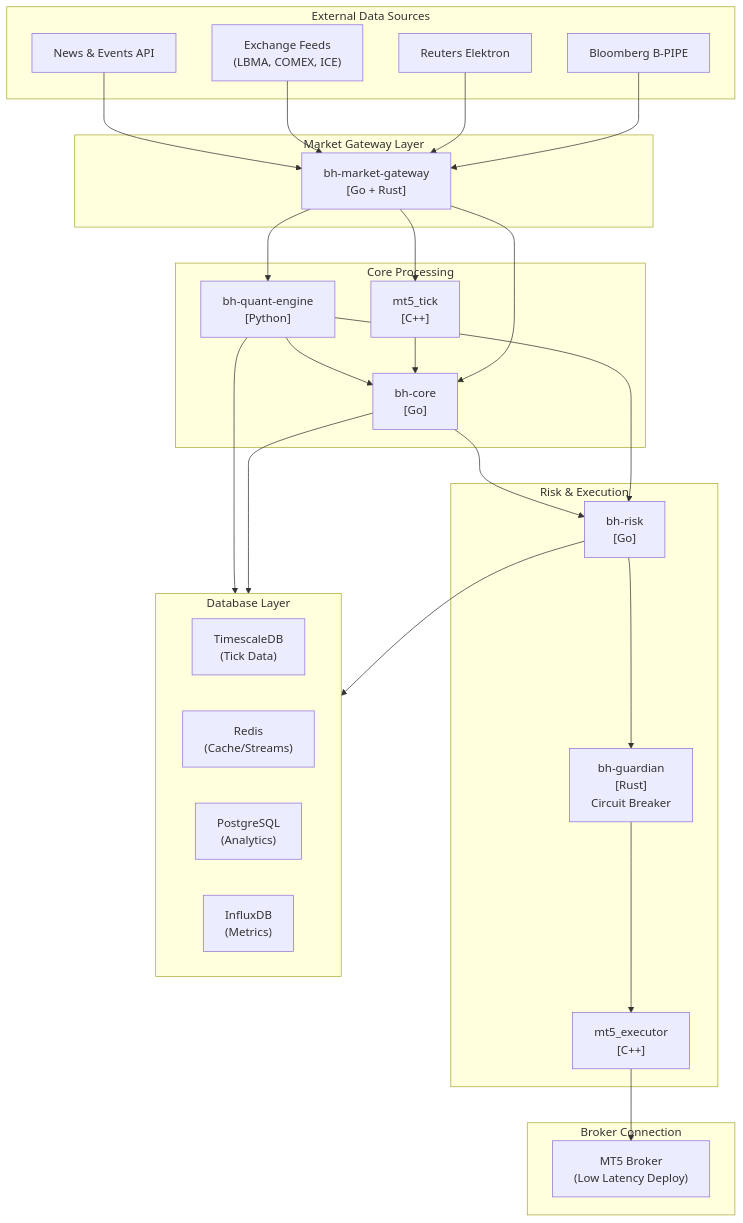
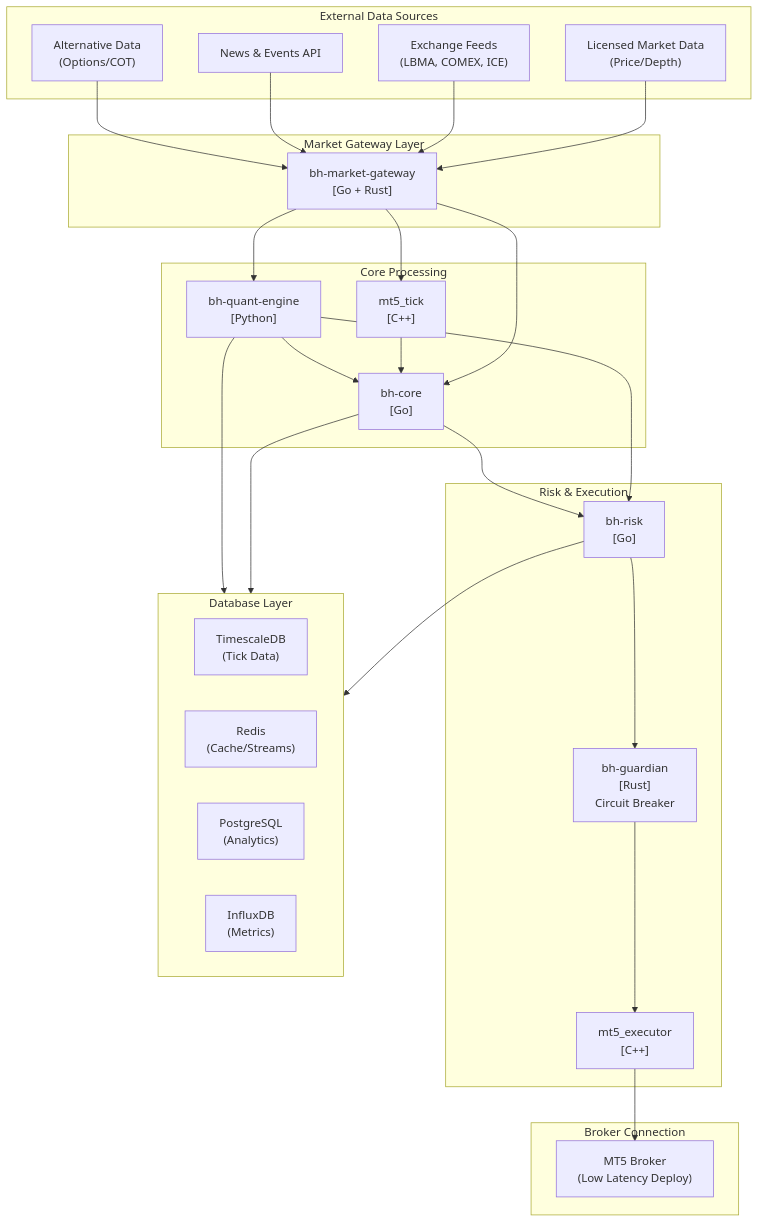
The first of 4 diagrams in README.md (blackholefund/external_docs), drawn with Mermaid before and after one commit. The commit also changed other lines of this file and 14 other files, not shown here.

Commit message:
Hide provider names and fix mermaid identifiers

````diff
--- a/README.md
+++ b/README.md
@@ -11,58 +11,58 @@
 ```mermaid
 flowchart TB
     subgraph External["External Data Sources"]
-        Bloomberg["Bloomberg B-PIPE"]
-        Reuters["Reuters Elektron"]
+        Premium["Licensed Market Data\n(Price/Depth)"]
         Exchanges["Exchange Feeds\n(LBMA, COMEX, ICE)"]
         News["News & Events API"]
+        Alt["Alternative Data\n(Options/COT)"]
     end
 
     subgraph Gateway["Market Gateway Layer"]
         MG["bh-market-gateway\n[Go + Rust]"]
     end
 
     subgraph Core["Core Processing"]
         MT5T["mt5_tick\n[C++]"]
         Quant["bh-quant-engine\n[Python]"]
         Orchestrator["bh-core\n[Go]"]
     end
 
     subgraph RiskLayer["Risk & Execution"]
         Risk["bh-risk\n[Go]"]
         Guardian["bh-guardian\n[Rust]\nCircuit Breaker"]
         Executor["mt5_executor\n[C++]"]
     end
 
     subgraph Data["Database Layer"]
         Timescale["TimescaleDB\n(Tick Data)"]
         Redis["Redis\n(Cache/Streams)"]
         Postgres["PostgreSQL\n(Analytics)"]
         Influx["InfluxDB\n(Metrics)"]
     end
 
     subgraph Broker["Broker Connection"]
         MT5["MT5 Broker\n(Low Latency Deploy)"]
     end
 
-    Bloomberg --> MG
-    Reuters --> MG
+    Premium --> MG
     Exchanges --> MG
     News --> MG
+    Alt --> MG
 
     MG --> MT5T
     MG --> Quant
     MG --> Orchestrator
 
     MT5T --> Orchestrator
     Quant --> Orchestrator
     Quant --> Risk
 
     Orchestrator --> Risk
     Risk --> Guardian
     Guardian --> Executor
     Executor --> MT5
 
     Orchestrator --> Data
     Risk --> Data
     Quant --> Data
 ```
````
